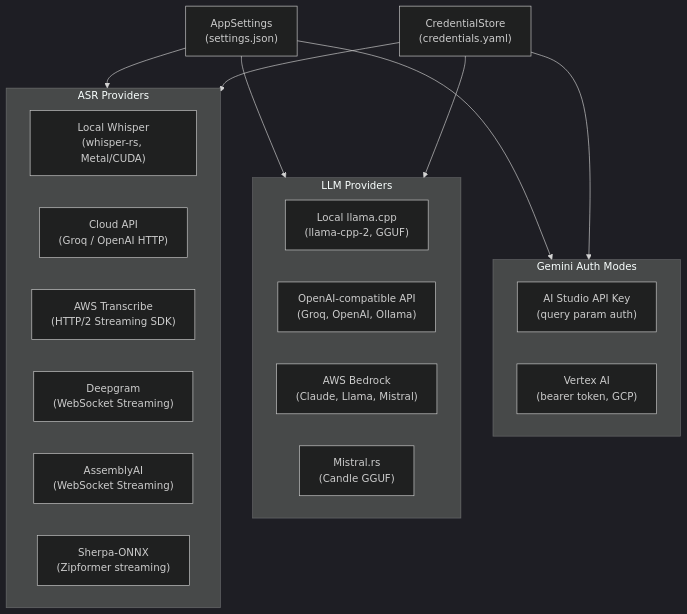
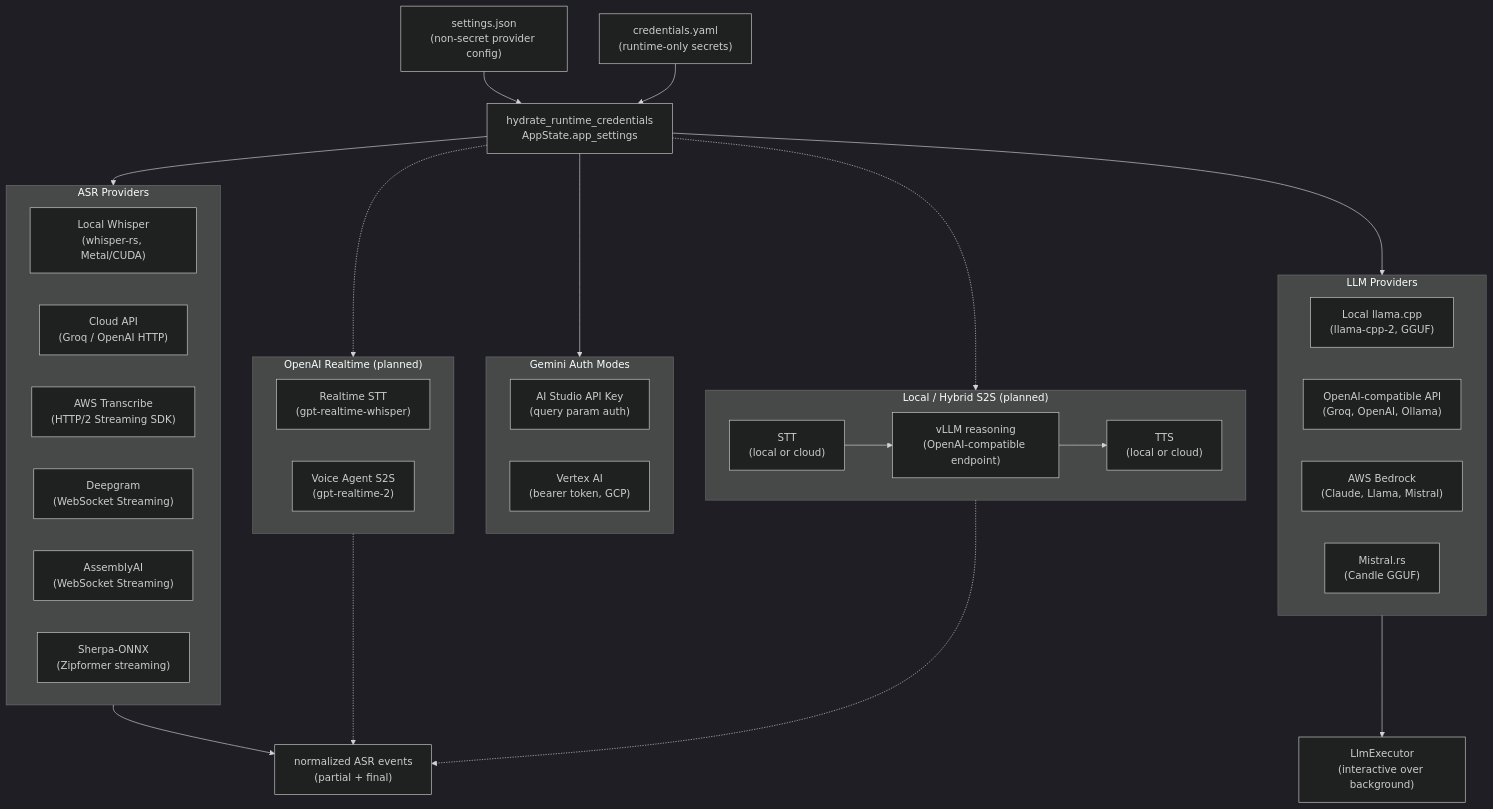
One commit to Codeseys-Labs/audio-graph changed the second of 10 diagrams in docs/ARCHITECTURE.md. Above: the diagram before and after it, drawn with Mermaid (dark theme). The commit also changed other lines of this file and 17 other files, not shown here.

````diff
--- a/docs/ARCHITECTURE.md
+++ b/docs/ARCHITECTURE.md
@@ -107,30 +188,51 @@
 ```mermaid
 flowchart TD
+    SETTINGS["settings.json<br/>(non-secret provider config)"]
+    CREDS["credentials.yaml<br/>(runtime-only secrets)"]
+    HYDRATE["hydrate_runtime_credentials<br/>AppState.app_settings"]
+
     subgraph ASR["ASR Providers"]
         A1["Local Whisper<br/>(whisper-rs, Metal/CUDA)"]
         A2["Cloud API<br/>(Groq / OpenAI HTTP)"]
         A3["AWS Transcribe<br/>(HTTP/2 Streaming SDK)"]
         A4["Deepgram<br/>(WebSocket Streaming)"]
         A5["AssemblyAI<br/>(WebSocket Streaming)"]
         A6["Sherpa-ONNX<br/>(Zipformer streaming)"]
     end
 
     subgraph LLM["LLM Providers"]
         L1["Local llama.cpp<br/>(llama-cpp-2, GGUF)"]
         L2["OpenAI-compatible API<br/>(Groq, OpenAI, Ollama)"]
         L3["AWS Bedrock<br/>(Claude, Llama, Mistral)"]
         L4["Mistral.rs<br/>(Candle GGUF)"]
     end
 
     subgraph GEMINI["Gemini Auth Modes"]
         G1["AI Studio API Key<br/>(query param auth)"]
         G2["Vertex AI<br/>(bearer token, GCP)"]
     end
 
-    SETTINGS["AppSettings<br/>(settings.json)"] --> ASR
-    SETTINGS --> LLM
-    SETTINGS --> GEMINI
-    CREDS["CredentialStore<br/>(credentials.yaml)"] --> ASR
-    CREDS --> LLM
-    CREDS --> GEMINI
+    subgraph OPENAI_RT["OpenAI Realtime (planned)"]
+        O1["Realtime STT<br/>(gpt-realtime-whisper)"]
+        O2["Voice Agent S2S<br/>(gpt-realtime-2)"]
+    end
+
+    subgraph LOCAL_S2S["Local / Hybrid S2S (planned)"]
+        S1["STT<br/>(local or cloud)"]
+        S2["vLLM reasoning<br/>(OpenAI-compatible endpoint)"]
+        S3["TTS<br/>(local or cloud)"]
+        S1 --> S2 --> S3
+    end
+
+    SETTINGS --> HYDRATE
+    CREDS --> HYDRATE
+    HYDRATE --> ASR
+    HYDRATE --> LLM
+    HYDRATE --> GEMINI
+    HYDRATE -.-> OPENAI_RT
+    HYDRATE -.-> LOCAL_S2S
+    LLM --> EXEC["LlmExecutor<br/>(interactive over background)"]
+    ASR --> EVENTS["normalized ASR events<br/>(partial + final)"]
+    OPENAI_RT -.-> EVENTS
+    LOCAL_S2S -.-> EVENTS
 ```
````
